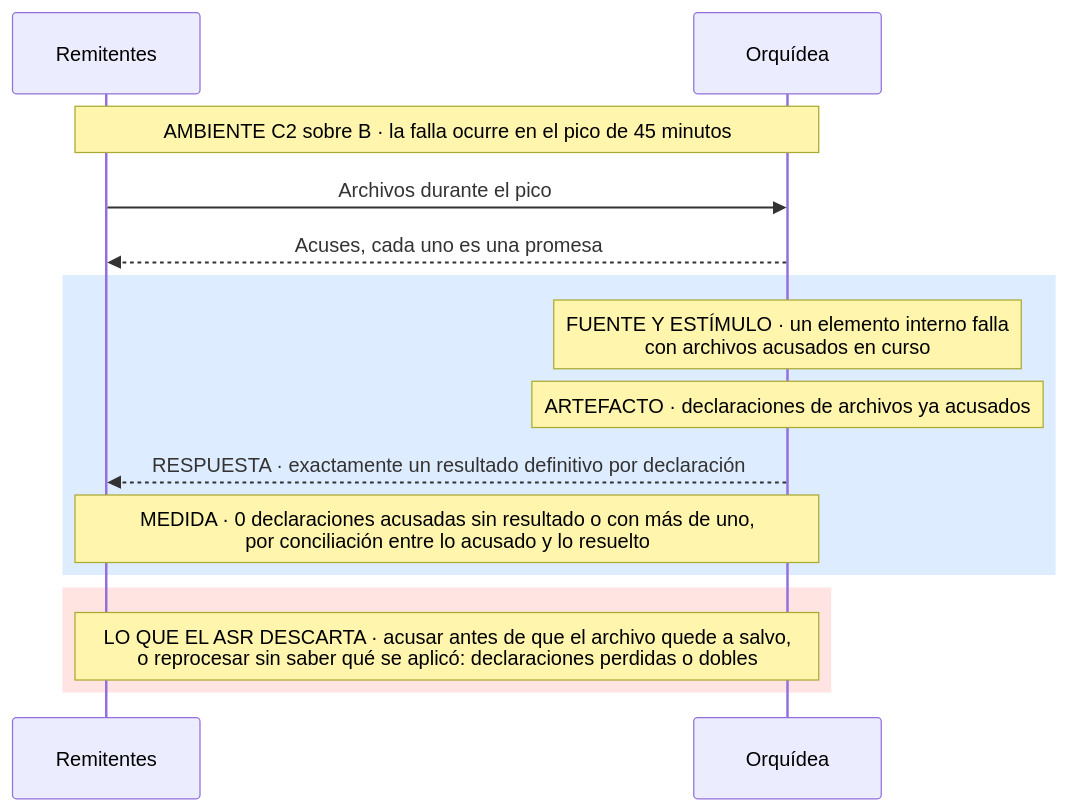
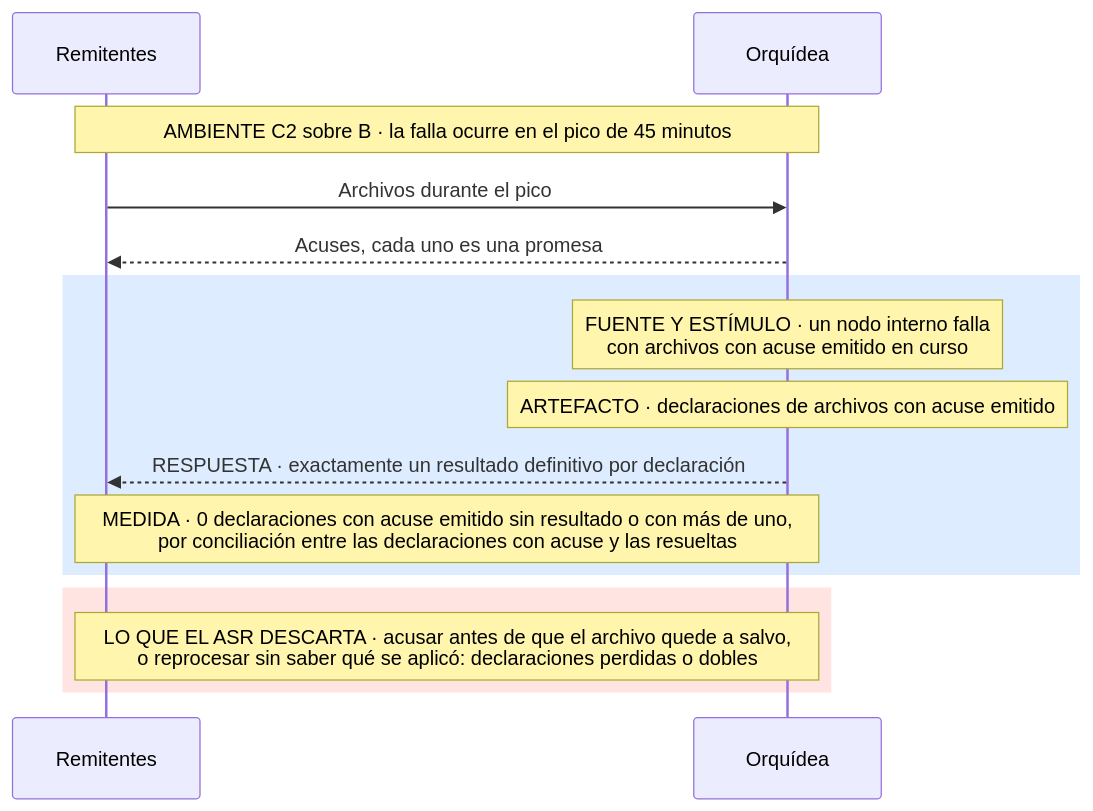
The eighth of 17 diagrams in docs/quality-attributes.md (MATI-MBIT/arqsoft-reto-4), drawn with Mermaid before and after one commit. The commit also changed other lines of this file, not shown here.

````diff
--- a/docs/quality-attributes.md
+++ b/docs/quality-attributes.md
@@ -412,17 +412,17 @@
 ```mermaid
 sequenceDiagram
     participant R as Remitentes
     participant O as Orquídea
     Note over R,O: AMBIENTE C2 sobre B · la falla ocurre en el pico de 45 minutos
     R->>O: Archivos durante el pico
     O-->>R: Acuses, cada uno es una promesa
     rect rgb(222, 236, 255)
-    Note over O: FUENTE Y ESTÍMULO · un elemento interno falla<br/>con archivos acusados en curso
-    Note over O: ARTEFACTO · declaraciones de archivos ya acusados
+    Note over O: FUENTE Y ESTÍMULO · un nodo interno falla<br/>con archivos con acuse emitido en curso
+    Note over O: ARTEFACTO · declaraciones de archivos con acuse emitido
     O-->>R: RESPUESTA · exactamente un resultado definitivo por declaración
-    Note over R,O: MEDIDA · 0 declaraciones acusadas sin resultado o con más de uno,<br/>por conciliación entre lo acusado y lo resuelto
+    Note over R,O: MEDIDA · 0 declaraciones con acuse emitido sin resultado o con más de uno,<br/>por conciliación entre las declaraciones con acuse y las resueltas
     end
     rect rgb(255, 228, 225)
     Note over R,O: LO QUE EL ASR DESCARTA · acusar antes de que el archivo quede a salvo,<br/>o reprocesar sin saber qué se aplicó: declaraciones perdidas o dobles
     end
 ```
````
